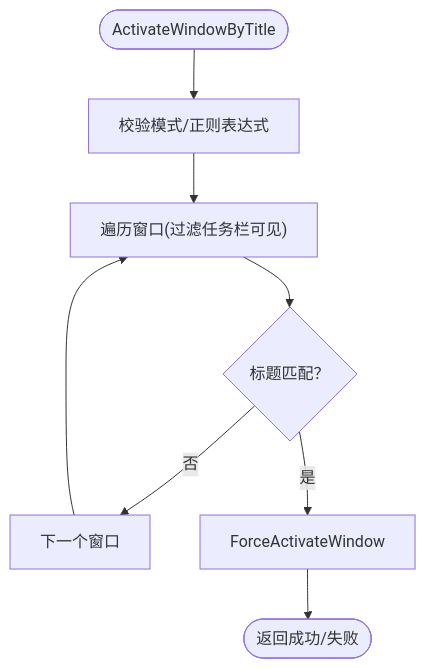
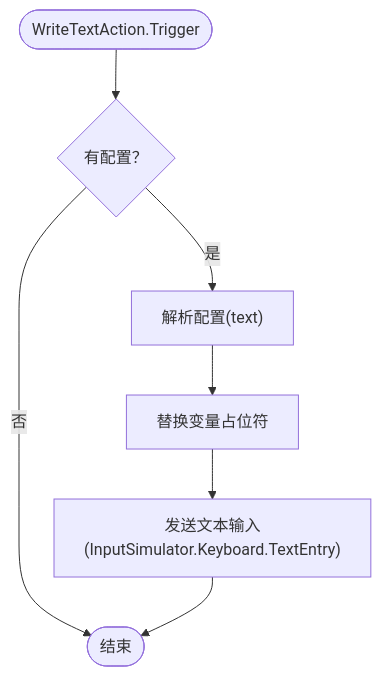
One commit to tea4go/Macro-Deck-Windows-Utils-Plugin changed the tenth of 13 diagrams in .qoder/repowiki/zh/content/开发者指南/测试与调试.md. Above: the diagram before and after it, drawn with Mermaid. The commit also changed other lines of this file and 16 other files, not shown here.

````diff
--- a/.qoder/repowiki/zh/content/开发者指南/测试与调试.md
+++ b/.qoder/repowiki/zh/content/开发者指南/测试与调试.md
@@ -189,10 +307,9 @@
 ```mermaid
 flowchart TD
-Enter(["ActivateWindowByTitle"]) --> Validate["校验模式/正则表达式"]
-Validate --> Enum["遍历窗口(过滤任务栏可见)"]
-Enum --> Match{"标题匹配？"}
-Match --> |否| Next["下一个窗口"]
-Match --> |是| Force["ForceActivateWindow"]
-Force --> Done(["返回成功/失败"])
-Next --> Enum
+Enter(["WriteTextAction.Trigger"]) --> HasConfig{"有配置？"}
+HasConfig --> |否| End(["结束"])
+HasConfig --> |是| ParseConfig["解析配置(text)"]
+ParseConfig --> ReplaceVars["替换变量占位符"]
+ReplaceVars --> SendText["发送文本输入(InputSimulator.Keyboard.TextEntry)"]
+SendText --> End
 ```
````
